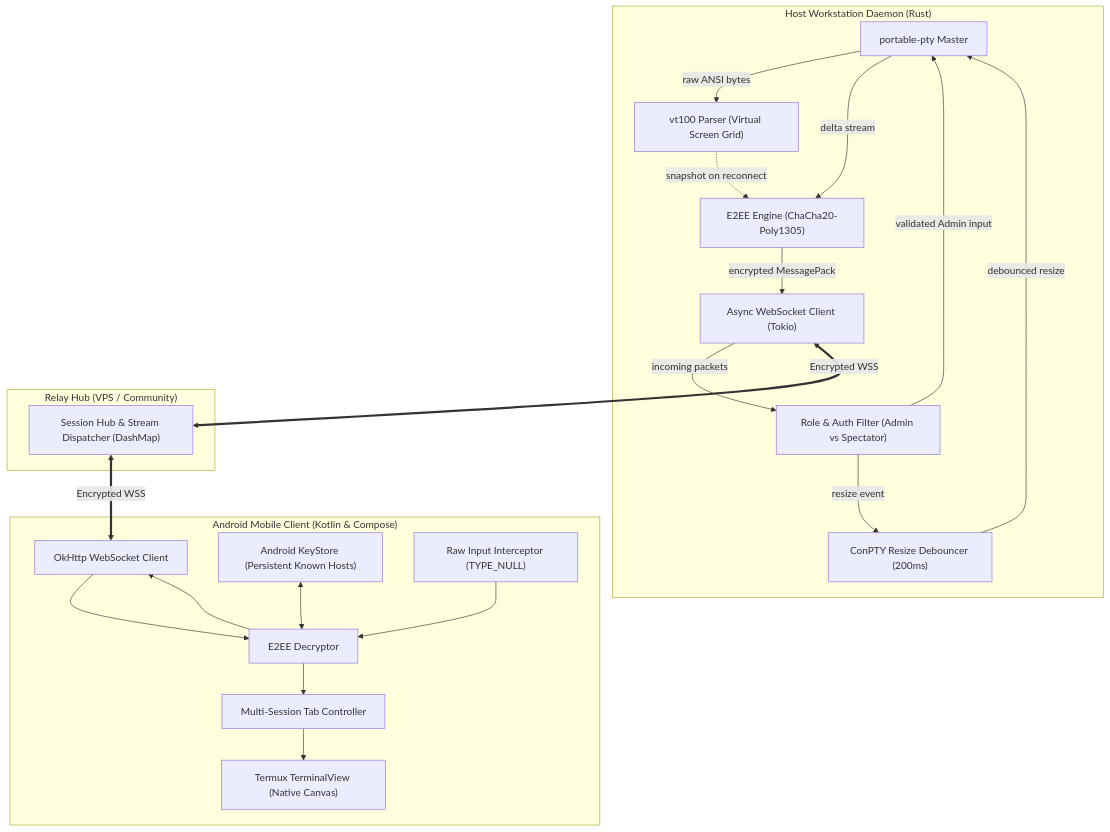
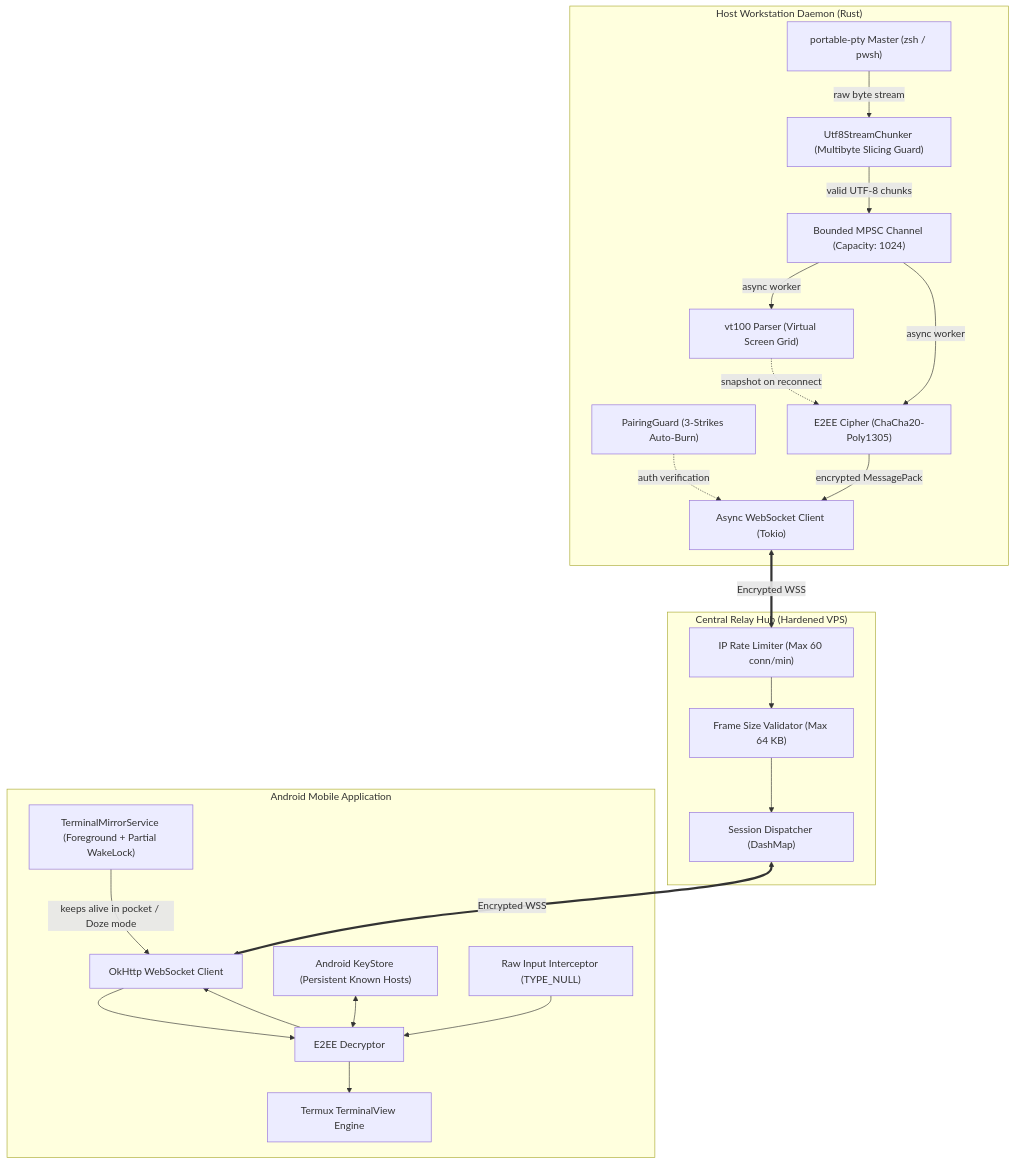
Before and after one commit to mufidhadi/terminal-mirror: the first of 2 diagrams in docs/ARCHITECTURE_DIAGRAM.md, drawn with Mermaid. The commit also changed other lines of this file and 13 other files, not shown here.

Commit message:
feat: implement hardened anti-abuse relay, 3-strike pairing guard, decoupled streaming, and android foreground service

````diff
--- a/docs/ARCHITECTURE_DIAGRAM.md
+++ b/docs/ARCHITECTURE_DIAGRAM.md
@@ -46,43 +8,48 @@
 ```mermaid
 graph TD
     subgraph Host_Daemon["Host Workstation Daemon (Rust)"]
-        PTY["portable-pty Master"]
+        PTY["portable-pty Master (zsh / pwsh)"]
+        UTF8Chunker["Utf8StreamChunker (Multibyte Slicing Guard)"]
+        DecoupledMPSC["Bounded MPSC Channel (Capacity: 1024)"]
         VTGrid["vt100 Parser (Virtual Screen Grid)"]
-        Debouncer["ConPTY Resize Debouncer (200ms)"]
-        RBAC["Role & Auth Filter (Admin vs Spectator)"]
-        CryptoEngine["E2EE Engine (ChaCha20-Poly1305)"]
+        PairGuard["PairingGuard (3-Strikes Auto-Burn)"]
+        CryptoEngine["E2EE Cipher (ChaCha20-Poly1305)"]
         WSTransport["Async WebSocket Client (Tokio)"]
 
-        PTY -->|raw ANSI bytes| VTGrid
-        PTY -->|delta stream| CryptoEngine
+        PTY -->|raw byte stream| UTF8Chunker
+        UTF8Chunker -->|valid UTF-8 chunks| DecoupledMPSC
+        DecoupledMPSC -->|async worker| VTGrid
+        DecoupledMPSC -->|async worker| CryptoEngine
         VTGrid -.->|snapshot on reconnect| CryptoEngine
         CryptoEngine -->|encrypted MessagePack| WSTransport
-        WSTransport -->|incoming packets| RBAC
-        RBAC -->|validated Admin input| PTY
-        RBAC -->|resize event| Debouncer
-        Debouncer -->|debounced resize| PTY
+        PairGuard -.->|auth verification| WSTransport
     end
 
-    subgraph Relay_Server["Relay Hub (VPS / Community)"]
-        Router["Session Hub & Stream Dispatcher (DashMap)"]
+    subgraph Relay_Server["Central Relay Hub (Hardened VPS)"]
+        RateLimiter["IP Rate Limiter (Max 60 conn/min)"]
+        FrameCap["Frame Size Validator (Max 64 KB)"]
+        Router["Session Dispatcher (DashMap)"]
+
+        RateLimiter --> FrameCap
+        FrameCap --> Router
     end
 
-    subgraph Android_Client["Android Mobile Client (Kotlin & Compose)"]
+    subgraph Android_Client["Android Mobile Application"]
+        FgService["TerminalMirrorService (Foreground + Partial WakeLock)"]
         WSClient["OkHttp WebSocket Client"]
         KeyStore["Android KeyStore (Persistent Known Hosts)"]
         Decryptor["E2EE Decryptor"]
-        TabManager["Multi-Session Tab Controller"]
-        TermRenderer["Termux TerminalView (Native Canvas)"]
-        RawKeyIME["Raw Input Interceptor (TYPE_NULL)"]
+        TermView["Termux TerminalView Engine"]
+        RawIME["Raw Input Interceptor (TYPE_NULL)"]
 
+        FgService -->|keeps alive in pocket / Doze mode| WSClient
         WSClient --> Decryptor
-        Decryptor --> TabManager
-        TabManager --> TermRenderer
-        RawKeyIME --> Decryptor
+        Decryptor --> TermView
+        RawIME --> Decryptor
         Decryptor --> WSClient
         KeyStore <--> Decryptor
     end
 
-    WSTransport <==>|Encrypted WSS| Router
+    WSTransport <==>|Encrypted WSS| RateLimiter
     Router <==>|Encrypted WSS| WSClient
 ```
````
